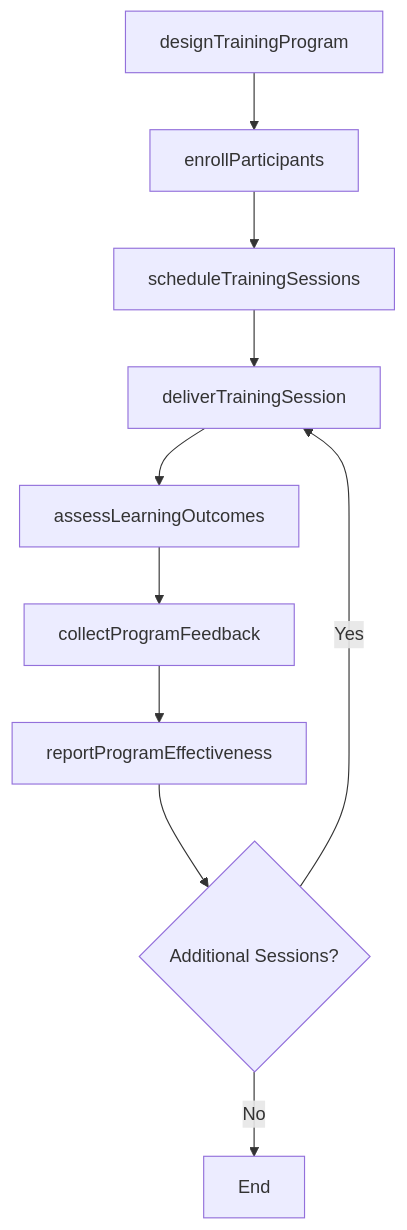
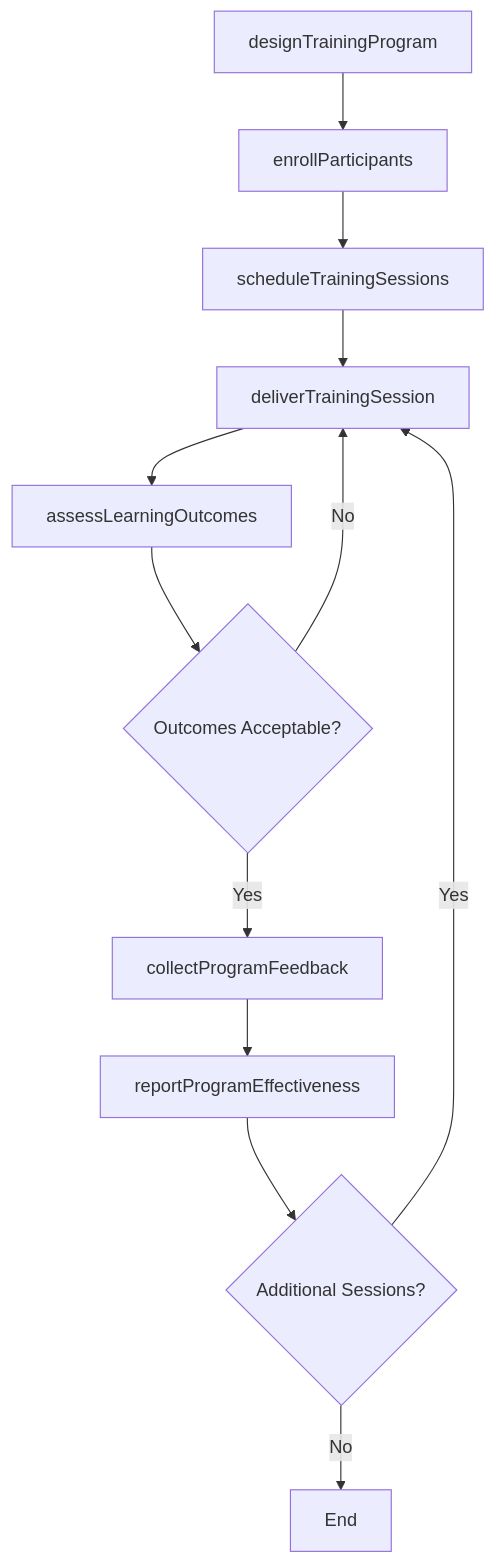
The third of 4 diagrams in TrainingAndTeachingOthers/TrainOthersOnOperationalOrWorkProcedures/ConductEmployeeTrainingPrograms.mdx (dot-org-ai/tasks.org.ai), drawn with Mermaid before and after one commit. The commit also changed other lines of this file and 504 other files, not shown here.

First line of the commit message:
feat: Add ER diagrams, state diagrams, and workflow improvements to 96 DWA task files

````diff
--- a/TrainingAndTeachingOthers/TrainOthersOnOperationalOrWorkProcedures/ConductEmployeeTrainingPrograms.mdx
+++ b/TrainingAndTeachingOthers/TrainOthersOnOperationalOrWorkProcedures/ConductEmployeeTrainingPrograms.mdx
@@ -87,12 +115,14 @@
 ```mermaid
 graph TD
     A[designTrainingProgram] --> B[enrollParticipants]
     B --> C[scheduleTrainingSessions]
     C --> D[deliverTrainingSession]
     D --> E[assessLearningOutcomes]
-    E --> F[collectProgramFeedback]
-    F --> G[reportProgramEffectiveness]
-    G --> H{Additional Sessions?}
-    H -->|Yes| D
-    H -->|No| I[End]
+    E --> F{Outcomes Acceptable?}
+    F -->|Yes| G[collectProgramFeedback]
+    F -->|No| D
+    G --> H[reportProgramEffectiveness]
+    H --> I{Additional Sessions?}
+    I -->|Yes| D
+    I -->|No| J[End]
 ```
````
